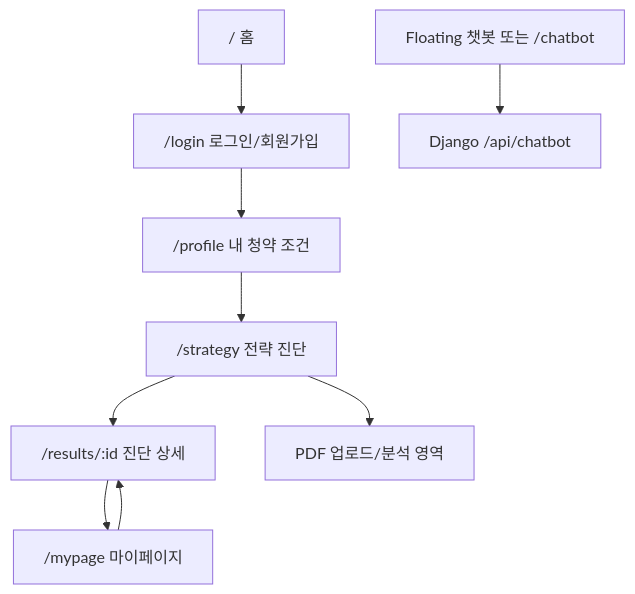
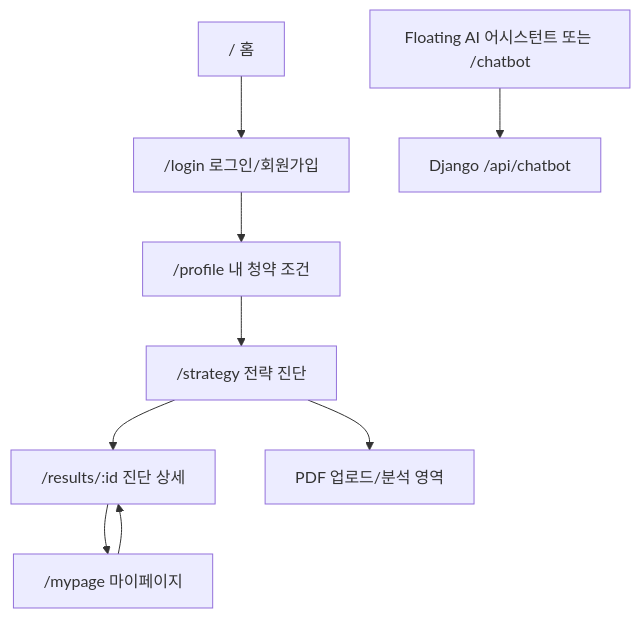
One commit to ldy-99/SKN29-3rd-3team changed the first of 2 diagrams in docs/final_v2/SCREEN_DESIGN_FINAL.md. Above: the diagram before and after it, drawn with Mermaid. The commit also changed other lines of this file and 77 other files, not shown here.

````diff
--- a/docs/final_v2/SCREEN_DESIGN_FINAL.md
+++ b/docs/final_v2/SCREEN_DESIGN_FINAL.md
@@ -25,11 +25,11 @@
 ```mermaid
 flowchart TD
     Home["/ 홈"] --> Login["/login 로그인/회원가입"]
     Login --> Profile["/profile 내 청약 조건"]
     Profile --> Strategy["/strategy 전략 진단"]
     Strategy --> Result["/results/:id 진단 상세"]
     Strategy --> Pdf["PDF 업로드/분석 영역"]
     Result --> MyPage["/mypage 마이페이지"]
     MyPage --> Result
-    Chat["Floating 챗봇 또는 /chatbot"] --> Django["Django /api/chatbot"]
+    Chat["Floating AI 어시스턴트 또는 /chatbot"] --> Django["Django /api/chatbot"]
 ```
````
